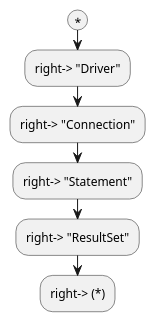
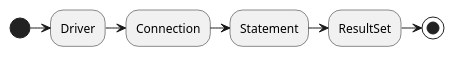
Before and after one commit to htl-leonding-college/jdbc-lecture-notes: the diagram in assets/jdbc-overview.iuml, drawn with PlantUML.

Commit message:
plant-uml-diagrams for github enabled

```diff
--- a/assets/jdbc-overview.iuml
+++ b/assets/jdbc-overview.iuml
@@ -1,8 +1,7 @@
 @startuml
-(*)
--right-> "Driver"
+(*) -right-> "Driver"
 -right-> "Connection"
 -right-> "Statement"
 -right-> "ResultSet"
 -right-> (*)
 @enduml
```
